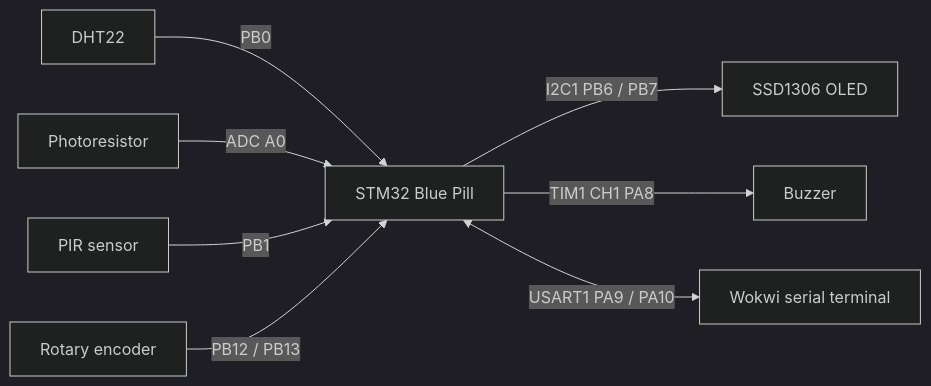
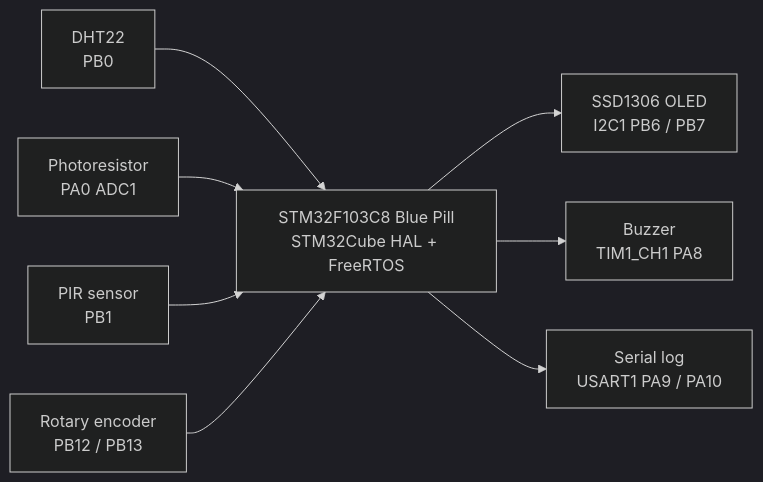
Before and after one commit to CHCHAN-bsca/bca182-freertos-multisensor: the first of 3 diagrams in README.md, drawn with Mermaid (dark theme). The commit also changed other lines of this file and 3 other files, not shown here.

Commit message:
Add final README, diagrams, and laboratory report

````diff
--- a/README.md
+++ b/README.md
@@ -30,10 +38,11 @@
 ```mermaid
 flowchart LR
-	DHT[DHT22] -->|PB0| MCU[STM32 Blue Pill]
-	LDR[Photoresistor] -->|ADC A0| MCU
-	PIR[PIR sensor] -->|PB1| MCU
-	ENC[Rotary encoder] -->|PB12 / PB13| MCU
-	MCU -->|I2C1 PB6 / PB7| OLED[SSD1306 OLED]
-	MCU -->|TIM1 CH1 PA8| BUZZER[Buzzer]
-	MCU <-->|USART1 PA9 / PA10| TERM[Wokwi serial terminal]
+    DHT[DHT22<br/>PB0] --> MCU
+    LDR[Photoresistor<br/>PA0 ADC1] --> MCU
+    PIR[PIR sensor<br/>PB1] --> MCU
+    ENC[Rotary encoder<br/>PB12 / PB13] --> MCU
+    MCU[STM32F103C8 Blue Pill<br/>STM32Cube HAL + FreeRTOS]
+    MCU --> OLED[SSD1306 OLED<br/>I2C1 PB6 / PB7]
+    MCU --> BUZ[Buzzer<br/>TIM1_CH1 PA8]
+    MCU --> UART[Serial log<br/>USART1 PA9 / PA10]
 ```
````
